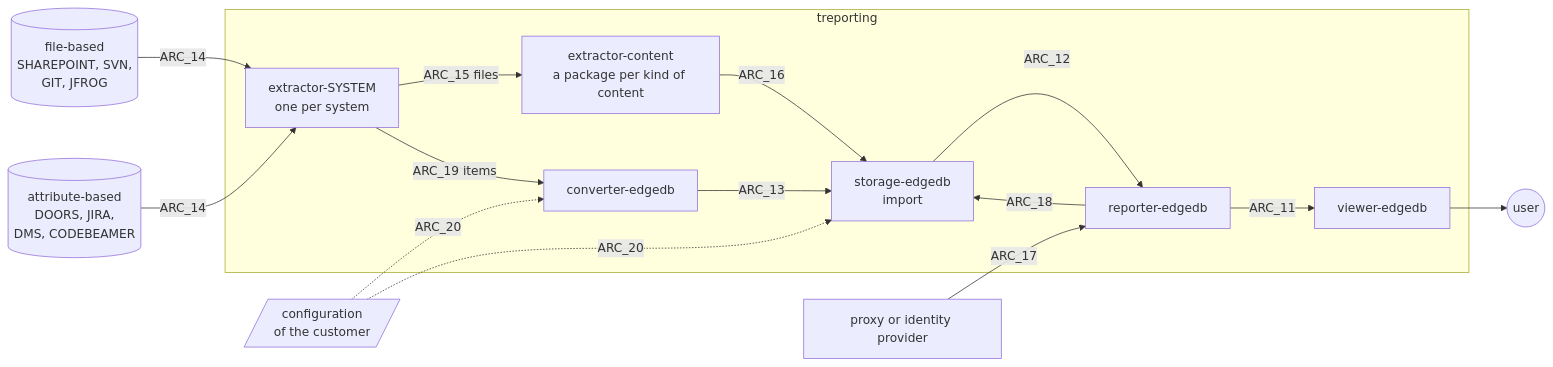
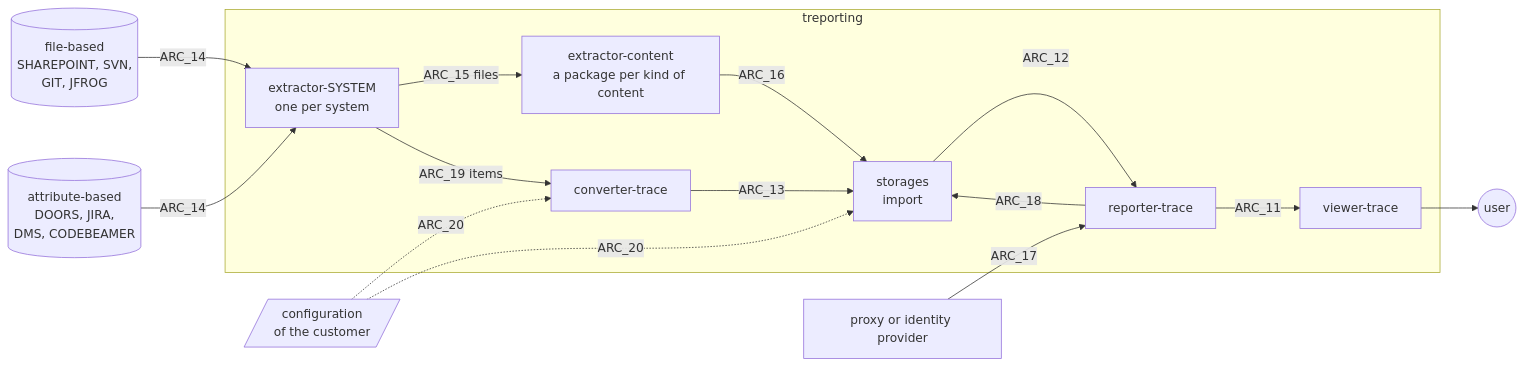
Before and after one commit to treporting/specs-and-deploy: the diagram in architecture/system-architecture.md, drawn with Mermaid. The commit also changed other lines of this file and 5 other files, not shown here.

````diff
--- a/architecture/system-architecture.md
+++ b/architecture/system-architecture.md
@@ -8,31 +8,31 @@
 ```mermaid
 flowchart LR
   files[(file-based<br>SHAREPOINT, SVN,<br>GIT, JFROG)]
   attrs[(attribute-based<br>DOORS, JIRA,<br>DMS, CODEBEAMER)]
   conf[/configuration<br>of the customer/]
   idp[proxy or identity provider]
   user((user))
 
   subgraph treporting
     exsys[extractor-SYSTEM<br>one per system]
     excon[extractor-content<br>a package per kind of content]
-    conv[converter-edgedb]
-    stor[storage-edgedb<br>import]
-    rep[reporter-edgedb]
-    view[viewer-edgedb]
+    conv[converter-trace]
+    stor[storages<br>import]
+    rep[reporter-trace]
+    view[viewer-trace]
   end
 
   files -- ARC_14 --> exsys
   attrs -- ARC_14 --> exsys
   exsys -- ARC_15 files --> excon
   exsys -- ARC_19 items --> conv
   conf -. ARC_20 .-> conv
   conf -. ARC_20 .-> stor
   excon -- ARC_16 --> stor
   conv -- ARC_13 --> stor
   stor -- ARC_12 --> rep
   rep -- ARC_11 --> view
   view --> user
   idp -- ARC_17 --> rep
   rep -- ARC_18 --> stor
 ```
````
